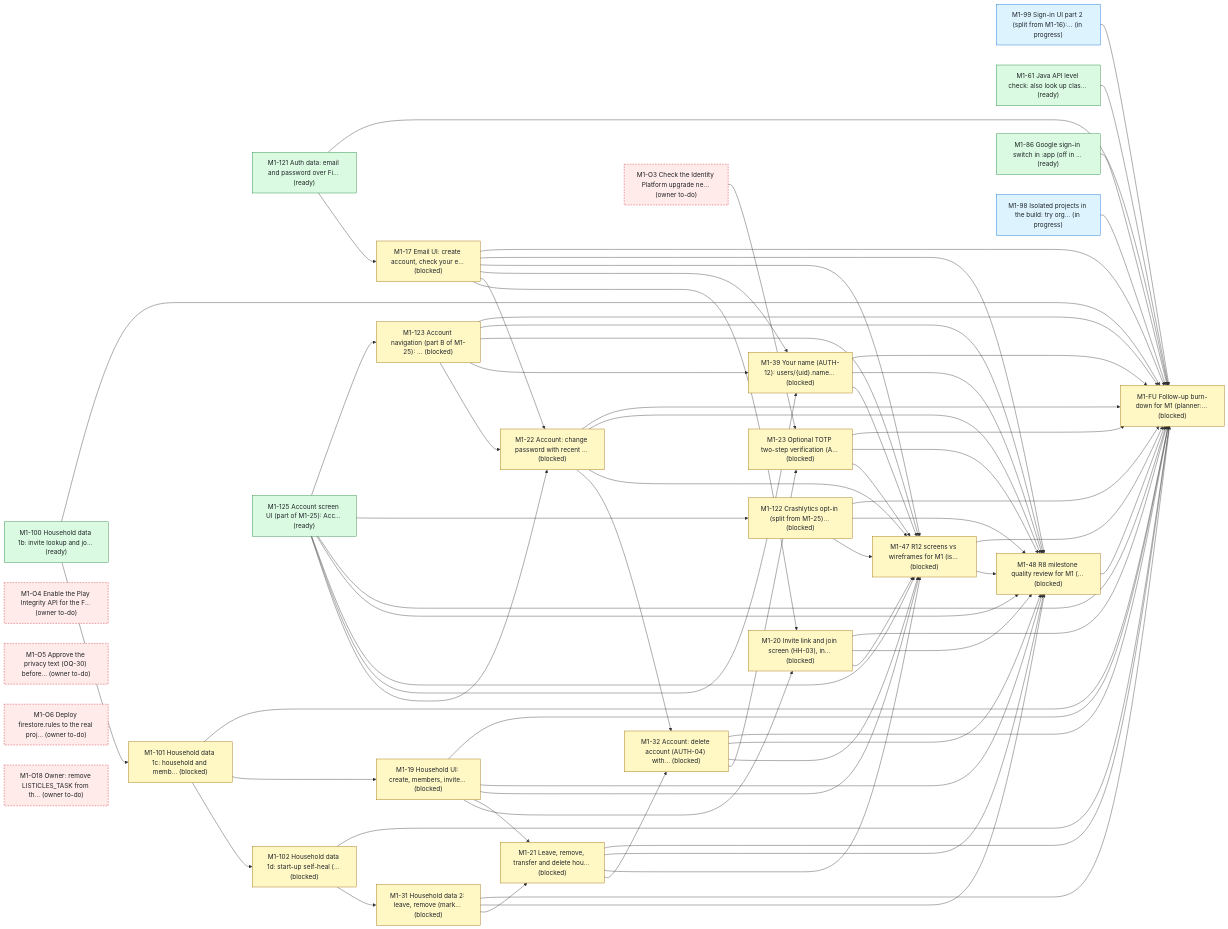
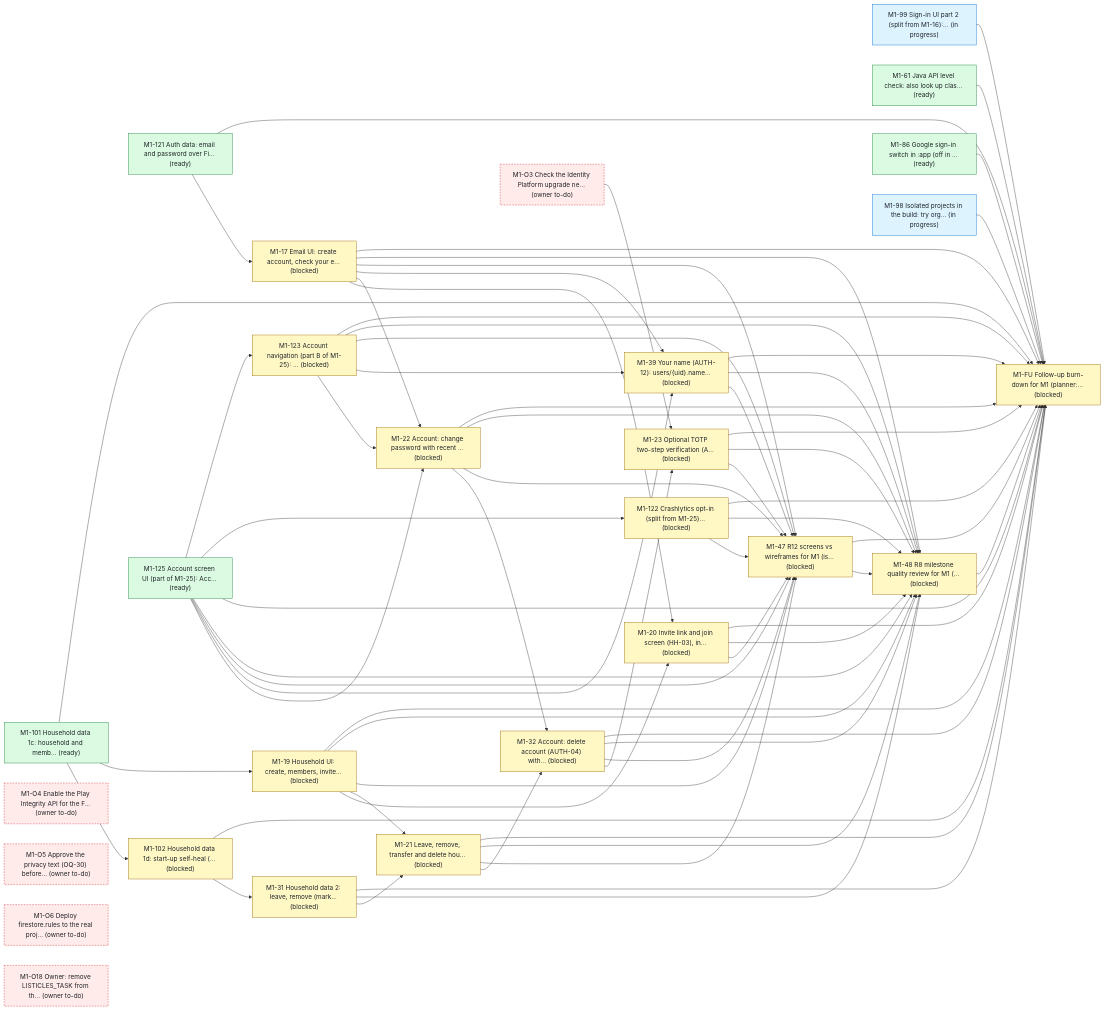
Before and after one commit to bondo/listicles2: the first of 4 diagrams in status.md, drawn with Mermaid. The commit also changed other lines of this file and 3 other files, not shown here.

```diff
--- a/status.md
+++ b/status.md
@@ -253,98 +253,95 @@
     n0["M1-121 Auth data: email and password over Fi… (ready)"]:::ready
     n1["M1-99 Sign-in UI part 2 (split from M1-16):… (in progress)"]:::progress
     n2["M1-17 Email UI: create account, check your e… (blocked)"]:::blocked
-    n3["M1-100 Household data 1b: invite lookup and jo… (ready)"]:::ready
-    n4["M1-101 Household data 1c: household and memb… (blocked)"]:::blocked
-    n5["M1-102 Household data 1d: start-up self-heal (… (blocked)"]:::blocked
-    n6["M1-31 Household data 2: leave, remove (mark… (blocked)"]:::blocked
-    n7["M1-19 Household UI: create, members, invite… (blocked)"]:::blocked
-    n8["M1-20 Invite link and join screen (HH-03), in… (blocked)"]:::blocked
-    n9["M1-21 Leave, remove, transfer and delete hou… (blocked)"]:::blocked
-    n10["M1-22 Account: change password with recent … (blocked)"]:::blocked
-    n11["M1-32 Account: delete account (AUTH-04) with… (blocked)"]:::blocked
-    n12["M1-23 Optional TOTP two-step verification (A… (blocked)"]:::blocked
-    n13["M1-61 Java API level check: also look up clas… (ready)"]:::ready
-    n14["M1-39 Your name (AUTH-12): users/{uid}.name… (blocked)"]:::blocked
-    n15["M1-47 R12 screens vs wireframes for M1 (is… (blocked)"]:::blocked
-    n16["M1-48 R8 milestone quality review for M1 (… (blocked)"]:::blocked
-    n17["M1-FU Follow-up burn-down for M1 (planner:… (blocked)"]:::blocked
-    n18["M1-O3 Check the Identity Platform upgrade ne… (owner to-do)"]:::owner
-    n19["M1-O4 Enable the Play Integrity API for the F… (owner to-do)"]:::owner
-    n20["M1-O5 Approve the privacy text (OQ-30) before… (owner to-do)"]:::owner
-    n21["M1-O6 Deploy firestore.rules to the real proj… (owner to-do)"]:::owner
-    n22["M1-86 Google sign-in switch in :app (off in … (ready)"]:::ready
-    n23["M1-98 Isolated projects in the build: try org… (in progress)"]:::progress
-    n24["M1-O18 Owner: remove LISTICLES_TASK from th… (owner to-do)"]:::owner
-    n25["M1-122 Crashlytics opt-in (split from M1-25)… (blocked)"]:::blocked
-    n26["M1-123 Account navigation (part B of M1-25): … (blocked)"]:::blocked
-    n27["M1-125 Account screen UI (part of M1-25): Acc… (ready)"]:::ready
+    n3["M1-101 Household data 1c: household and memb… (ready)"]:::ready
+    n4["M1-102 Household data 1d: start-up self-heal (… (blocked)"]:::blocked
+    n5["M1-31 Household data 2: leave, remove (mark… (blocked)"]:::blocked
+    n6["M1-19 Household UI: create, members, invite… (blocked)"]:::blocked
+    n7["M1-20 Invite link and join screen (HH-03), in… (blocked)"]:::blocked
+    n8["M1-21 Leave, remove, transfer and delete hou… (blocked)"]:::blocked
+    n9["M1-22 Account: change password with recent … (blocked)"]:::blocked
+    n10["M1-32 Account: delete account (AUTH-04) with… (blocked)"]:::blocked
+    n11["M1-23 Optional TOTP two-step verification (A… (blocked)"]:::blocked
+    n12["M1-61 Java API level check: also look up clas… (ready)"]:::ready
+    n13["M1-39 Your name (AUTH-12): users/{uid}.name… (blocked)"]:::blocked
+    n14["M1-47 R12 screens vs wireframes for M1 (is… (blocked)"]:::blocked
+    n15["M1-48 R8 milestone quality review for M1 (… (blocked)"]:::blocked
+    n16["M1-FU Follow-up burn-down for M1 (planner:… (blocked)"]:::blocked
+    n17["M1-O3 Check the Identity Platform upgrade ne… (owner to-do)"]:::owner
+    n18["M1-O4 Enable the Play Integrity API for the F… (owner to-do)"]:::owner
+    n19["M1-O5 Approve the privacy text (OQ-30) before… (owner to-do)"]:::owner
+    n20["M1-O6 Deploy firestore.rules to the real proj… (owner to-do)"]:::owner
+    n21["M1-86 Google sign-in switch in :app (off in … (ready)"]:::ready
+    n22["M1-98 Isolated projects in the build: try org… (in progress)"]:::progress
+    n23["M1-O18 Owner: remove LISTICLES_TASK from th… (owner to-do)"]:::owner
+    n24["M1-122 Crashlytics opt-in (split from M1-25)… (blocked)"]:::blocked
+    n25["M1-123 Account navigation (part B of M1-25): … (blocked)"]:::blocked
+    n26["M1-125 Account screen UI (part of M1-25): Acc… (ready)"]:::ready
     n0 --> n2
     n3 --> n4
     n4 --> n5
-    n5 --> n6
-    n4 --> n7
-    n7 --> n8
-    n2 --> n8
-    n7 --> n9
-    n6 --> n9
-    n2 --> n10
-    n27 --> n10
-    n26 --> n10
+    n3 --> n6
+    n6 --> n7
+    n2 --> n7
+    n6 --> n8
+    n5 --> n8
+    n2 --> n9
+    n26 --> n9
+    n25 --> n9
+    n9 --> n10
+    n8 --> n10
     n10 --> n11
-    n9 --> n11
-    n11 --> n12
-    n18 --> n12
+    n17 --> n11
+    n2 --> n13
+    n26 --> n13
+    n25 --> n13
     n2 --> n14
-    n27 --> n14
+    n6 --> n14
+    n7 --> n14
+    n8 --> n14
+    n9 --> n14
+    n11 --> n14
+    n24 --> n14
+    n25 --> n14
     n26 --> n14
+    n10 --> n14
+    n13 --> n14
     n2 --> n15
+    n6 --> n15
     n7 --> n15
     n8 --> n15
     n9 --> n15
-    n10 --> n15
-    n12 --> n15
+    n11 --> n15
+    n24 --> n15
     n25 --> n15
     n26 --> n15
-    n27 --> n15
-    n11 --> n15
+    n5 --> n15
+    n10 --> n15
+    n13 --> n15
     n14 --> n15
+    n24 --> n16
+    n25 --> n16
+    n26 --> n16
+    n22 --> n16
+    n1 --> n16
+    n0 --> n16
     n2 --> n16
+    n6 --> n16
     n7 --> n16
     n8 --> n16
     n9 --> n16
+    n11 --> n16
+    n5 --> n16
     n10 --> n16
-    n12 --> n16
-    n25 --> n16
-    n26 --> n16
-    n27 --> n16
-    n6 --> n16
-    n11 --> n16
+    n13 --> n16
     n14 --> n16
     n15 --> n16
-    n25 --> n17
-    n26 --> n17
-    n27 --> n17
-    n23 --> n17
-    n1 --> n17
-    n0 --> n17
-    n2 --> n17
-    n7 --> n17
-    n8 --> n17
-    n9 --> n17
-    n10 --> n17
-    n12 --> n17
-    n6 --> n17
-    n11 --> n17
-    n14 --> n17
-    n15 --> n17
-    n16 --> n17
-    n13 --> n17
-    n22 --> n17
-    n3 --> n17
-    n4 --> n17
-    n5 --> n17
-    n27 --> n25
-    n27 --> n26
+    n12 --> n16
+    n21 --> n16
+    n3 --> n16
+    n4 --> n16
+    n26 --> n24
+    n26 --> n25
     classDef ready fill:#dafbe1,stroke:#1a7f37,color:#1f2328
     classDef progress fill:#ddf4ff,stroke:#0969da,color:#1f2328
     classDef blocked fill:#fff8c5,stroke:#9a6700,color:#1f2328
```
